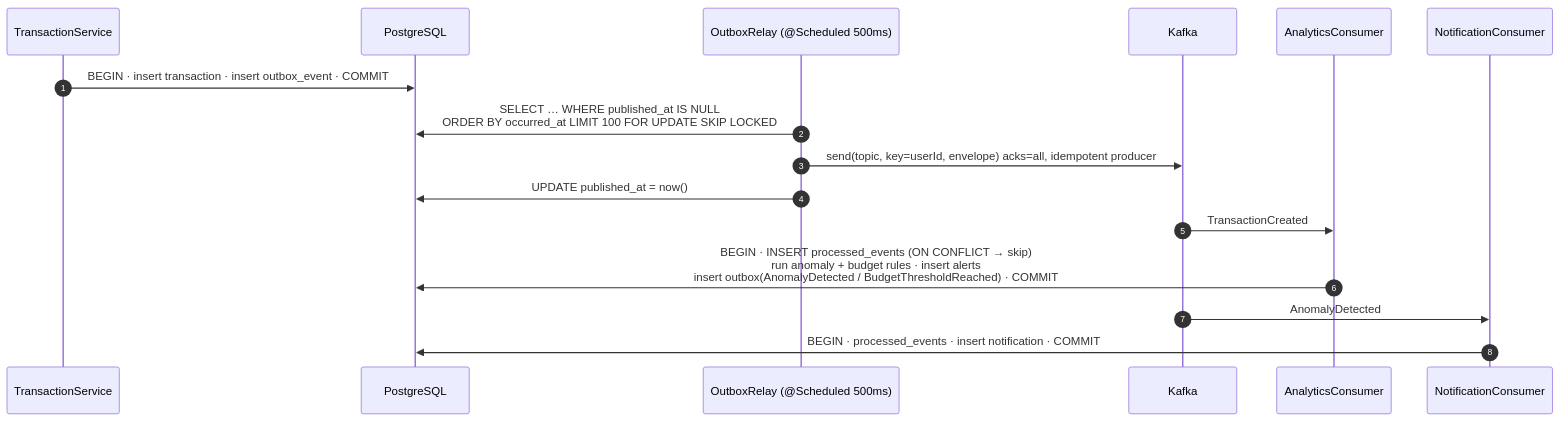
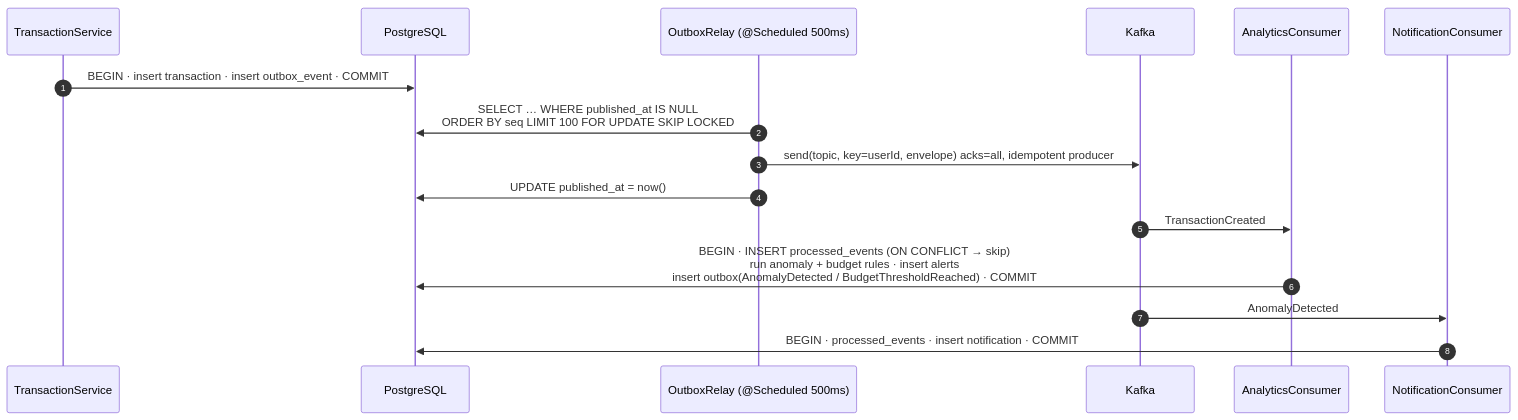
Before and after one commit to AnuragPandey11/MonthEndBuddy: the ninth of 9 diagrams in docs/architecture.md, drawn with Mermaid. The commit also changed other lines of this file and 110 other files, not shown here.

````diff
--- a/docs/architecture.md
+++ b/docs/architecture.md
@@ -830,18 +836,18 @@
 ```mermaid
 sequenceDiagram
     autonumber
     participant Svc as TransactionService
     participant DB as PostgreSQL
     participant Relay as OutboxRelay (@Scheduled 500ms)
     participant K as Kafka
     participant An as AnalyticsConsumer
     participant No as NotificationConsumer
     Svc->>DB: BEGIN · insert transaction · insert outbox_event · COMMIT
-    Relay->>DB: SELECT … WHERE published_at IS NULL<br/>ORDER BY occurred_at LIMIT 100 FOR UPDATE SKIP LOCKED
+    Relay->>DB: SELECT … WHERE published_at IS NULL<br/>ORDER BY seq LIMIT 100 FOR UPDATE SKIP LOCKED
     Relay->>K: send(topic, key=userId, envelope) acks=all, idempotent producer
     Relay->>DB: UPDATE published_at = now()
     K->>An: TransactionCreated
     An->>DB: BEGIN · INSERT processed_events (ON CONFLICT → skip)<br/>run anomaly + budget rules · insert alerts<br/>insert outbox(AnomalyDetected / BudgetThresholdReached) · COMMIT
     K->>No: AnomalyDetected
     No->>DB: BEGIN · processed_events · insert notification · COMMIT
 ```
````
